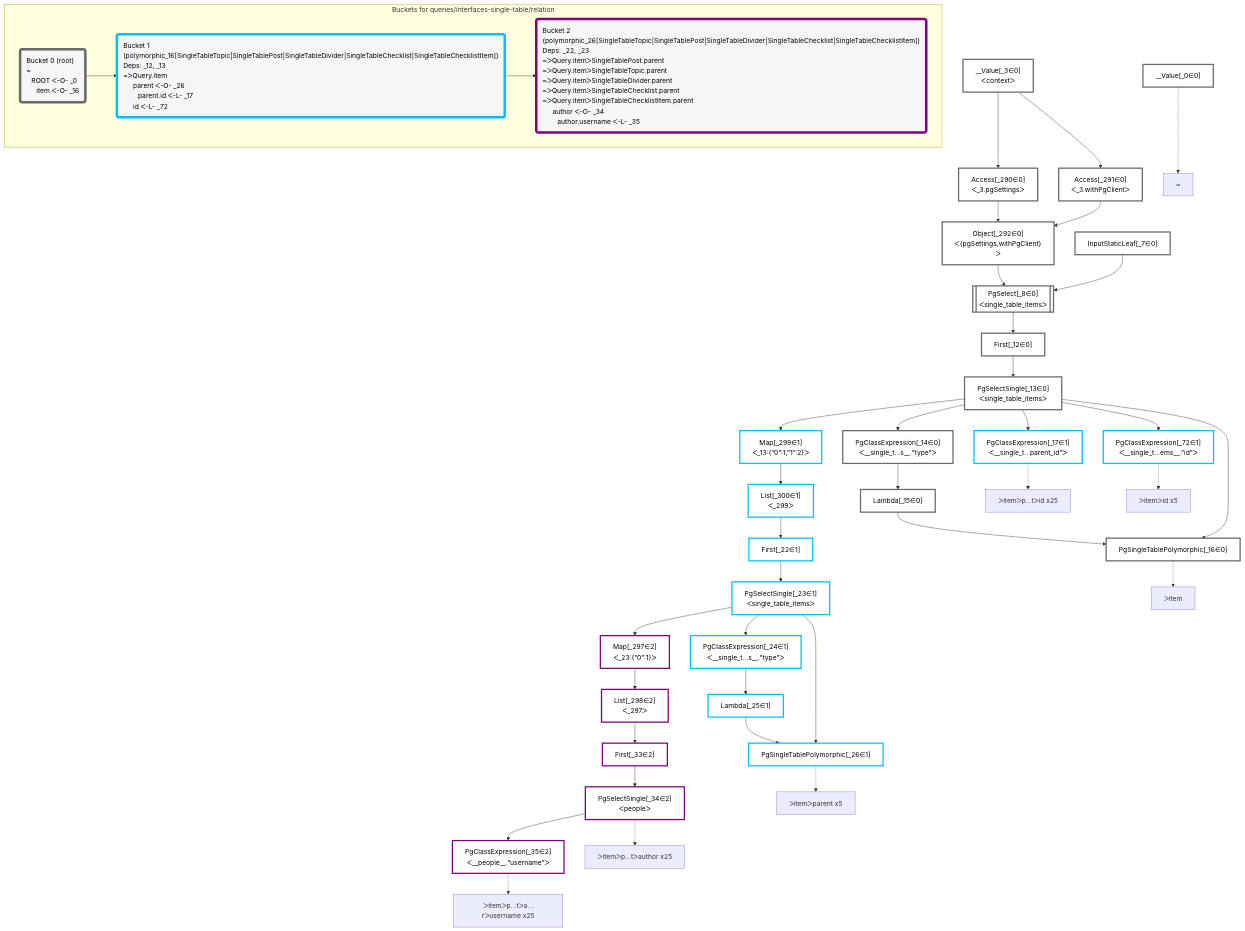
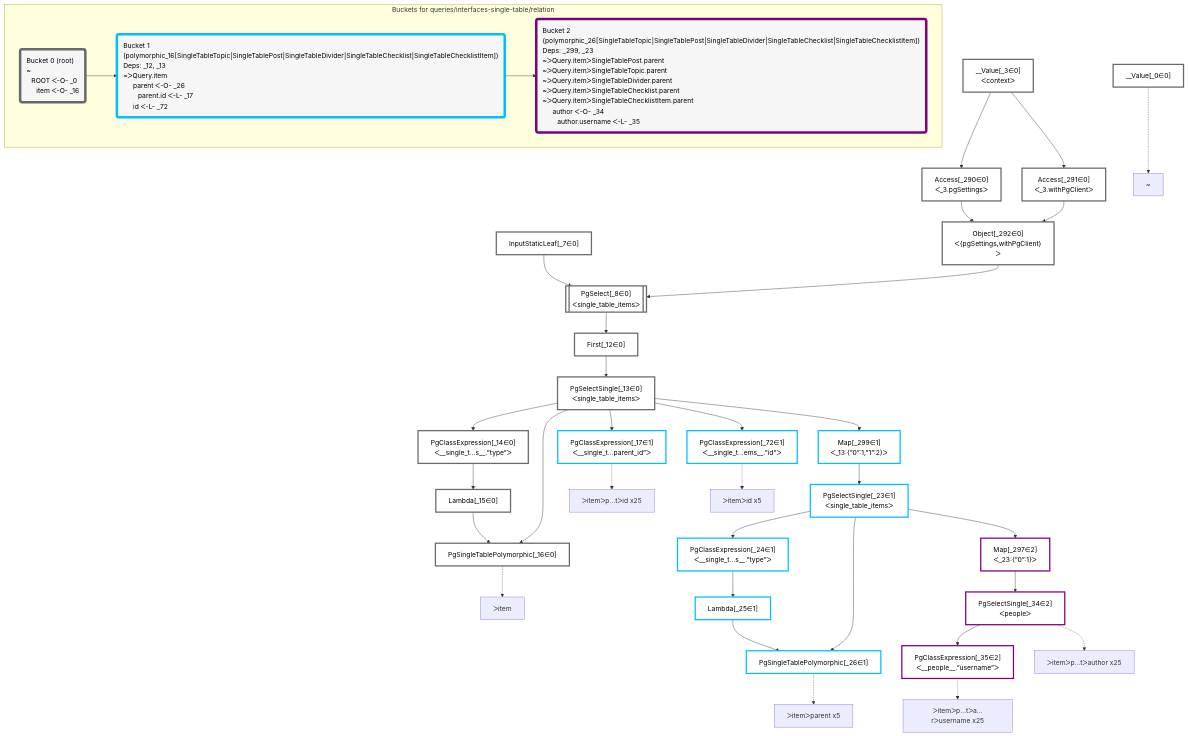
One commit to graphile/crystal changed the diagram in packages/dataplan-pg/__tests__/queries/interfaces-single-table/relation.mermaid.md. Above: the diagram before and after it, drawn with Mermaid. The commit also changed 67 other files, not shown here.

```diff
--- a/packages/dataplan-pg/__tests__/queries/interfaces-single-table/relation.mermaid.md
+++ b/packages/dataplan-pg/__tests__/queries/interfaces-single-table/relation.mermaid.md
@@ -18,12 +18,10 @@
     Lambda_15["Lambda[_15∈0]"]:::plan
     PgSingleTablePolymorphic_16["PgSingleTablePolymorphic[_16∈0]"]:::plan
     PgClassExpression_17["PgClassExpression[_17∈1]<br />ᐸ__single_t...parent_id”ᐳ"]:::plan
-    First_22["First[_22∈1]"]:::plan
     PgSelectSingle_23["PgSelectSingle[_23∈1]<br />ᐸsingle_table_itemsᐳ"]:::plan
     PgClassExpression_24["PgClassExpression[_24∈1]<br />ᐸ__single_t...s__.”type”ᐳ"]:::plan
     Lambda_25["Lambda[_25∈1]"]:::plan
     PgSingleTablePolymorphic_26["PgSingleTablePolymorphic[_26∈1]"]:::plan
-    First_33["First[_33∈2]"]:::plan
     PgSelectSingle_34["PgSelectSingle[_34∈2]<br />ᐸpeopleᐳ"]:::plan
     PgClassExpression_35["PgClassExpression[_35∈2]<br />ᐸ__people__.”username”ᐳ"]:::plan
     PgClassExpression_72["PgClassExpression[_72∈1]<br />ᐸ__single_t...ems__.”id”ᐳ"]:::plan
@@ -31,9 +29,7 @@
     Access_291["Access[_291∈0]<br />ᐸ_3.withPgClientᐳ"]:::plan
     Object_292["Object[_292∈0]<br />ᐸ{pgSettings,withPgClient}ᐳ"]:::plan
     Map_297["Map[_297∈2]<br />ᐸ_23:{”0”:1}ᐳ"]:::plan
-    List_298["List[_298∈2]<br />ᐸ_297ᐳ"]:::plan
     Map_299["Map[_299∈1]<br />ᐸ_13:{”0”:1,”1”:2}ᐳ"]:::plan
-    List_300["List[_300∈1]<br />ᐸ_299ᐳ"]:::plan
 
     %% plan dependencies
     Object_292 --> PgSelect_8
@@ -45,14 +41,12 @@
     Lambda_15 --> PgSingleTablePolymorphic_16
     PgSelectSingle_13 --> PgSingleTablePolymorphic_16
     PgSelectSingle_13 --> PgClassExpression_17
-    List_300 --> First_22
-    First_22 --> PgSelectSingle_23
+    Map_299 --> PgSelectSingle_23
     PgSelectSingle_23 --> PgClassExpression_24
     PgClassExpression_24 --> Lambda_25
     Lambda_25 --> PgSingleTablePolymorphic_26
     PgSelectSingle_23 --> PgSingleTablePolymorphic_26
-    List_298 --> First_33
-    First_33 --> PgSelectSingle_34
+    Map_297 --> PgSelectSingle_34
     PgSelectSingle_34 --> PgClassExpression_35
     PgSelectSingle_13 --> PgClassExpression_72
     __Value_3 --> Access_290
@@ -60,9 +54,7 @@
     Access_290 --> Object_292
     Access_291 --> Object_292
     PgSelectSingle_23 --> Map_297
-    Map_297 --> List_298
     PgSelectSingle_13 --> Map_299
-    Map_299 --> List_300
 
     %% plan-to-path relationships
     P_0["~"]
@@ -84,9 +76,9 @@
     classDef bucket0 stroke:#696969
     class __Value_0,__Value_3,InputStaticLeaf_7,PgSelect_8,First_12,PgSelectSingle_13,PgClassExpression_14,Lambda_15,PgSingleTablePolymorphic_16,Access_290,Access_291,Object_292 bucket0
     classDef bucket1 stroke:#00bfff
-    class PgClassExpression_17,First_22,PgSelectSingle_23,PgClassExpression_24,Lambda_25,PgSingleTablePolymorphic_26,PgClassExpression_72,Map_299,List_300 bucket1
+    class PgClassExpression_17,PgSelectSingle_23,PgClassExpression_24,Lambda_25,PgSingleTablePolymorphic_26,PgClassExpression_72,Map_299 bucket1
     classDef bucket2 stroke:#7f007f
-    class First_33,PgSelectSingle_34,PgClassExpression_35,Map_297,List_298 bucket2
+    class PgSelectSingle_34,PgClassExpression_35,Map_297 bucket2
 
     subgraph "Buckets for queries/interfaces-single-table/relation"
     Bucket0("Bucket 0 (root)<br />~<br />⠀ROOT ᐸ-O- _0<br />⠀⠀item ᐸ-O- _16"):::bucket
@@ -94,7 +86,7 @@
     Bucket1("Bucket 1 (polymorphic_16[SingleTableTopic|SingleTablePost|SingleTableDivider|SingleTableChecklist|SingleTableChecklistItem])<br />Deps: _12, _13<br />~ᐳQuery.item<br />⠀⠀parent ᐸ-O- _26<br />⠀⠀⠀parent.id ᐸ-L- _17<br />⠀⠀id ᐸ-L- _72"):::bucket
     style Bucket1 stroke:#00bfff
     Bucket0 --> Bucket1
-    Bucket2("Bucket 2 (polymorphic_26[SingleTableTopic|SingleTablePost|SingleTableDivider|SingleTableChecklist|SingleTableChecklistItem])<br />Deps: _22, _23<br />~ᐳQuery.itemᐳSingleTablePost.parent<br />~ᐳQuery.itemᐳSingleTableTopic.parent<br />~ᐳQuery.itemᐳSingleTableDivider.parent<br />~ᐳQuery.itemᐳSingleTableChecklist.parent<br />~ᐳQuery.itemᐳSingleTableChecklistItem.parent<br />⠀⠀author ᐸ-O- _34<br />⠀⠀⠀author.username ᐸ-L- _35"):::bucket
+    Bucket2("Bucket 2 (polymorphic_26[SingleTableTopic|SingleTablePost|SingleTableDivider|SingleTableChecklist|SingleTableChecklistItem])<br />Deps: _299, _23<br />~ᐳQuery.itemᐳSingleTablePost.parent<br />~ᐳQuery.itemᐳSingleTableTopic.parent<br />~ᐳQuery.itemᐳSingleTableDivider.parent<br />~ᐳQuery.itemᐳSingleTableChecklist.parent<br />~ᐳQuery.itemᐳSingleTableChecklistItem.parent<br />⠀⠀author ᐸ-O- _34<br />⠀⠀⠀author.username ᐸ-L- _35"):::bucket
     style Bucket2 stroke:#7f007f
     Bucket1 --> Bucket2
     end
```
